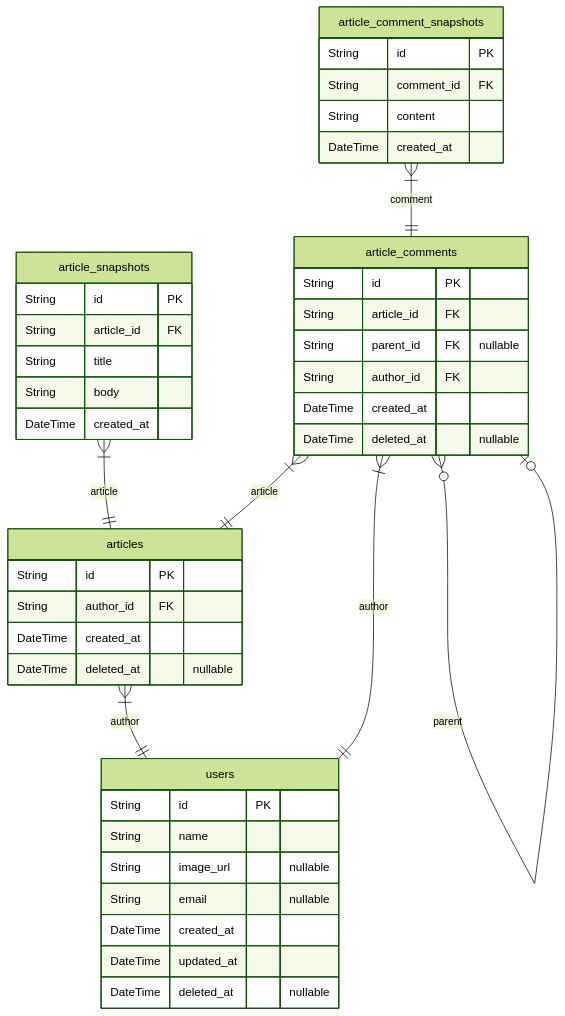
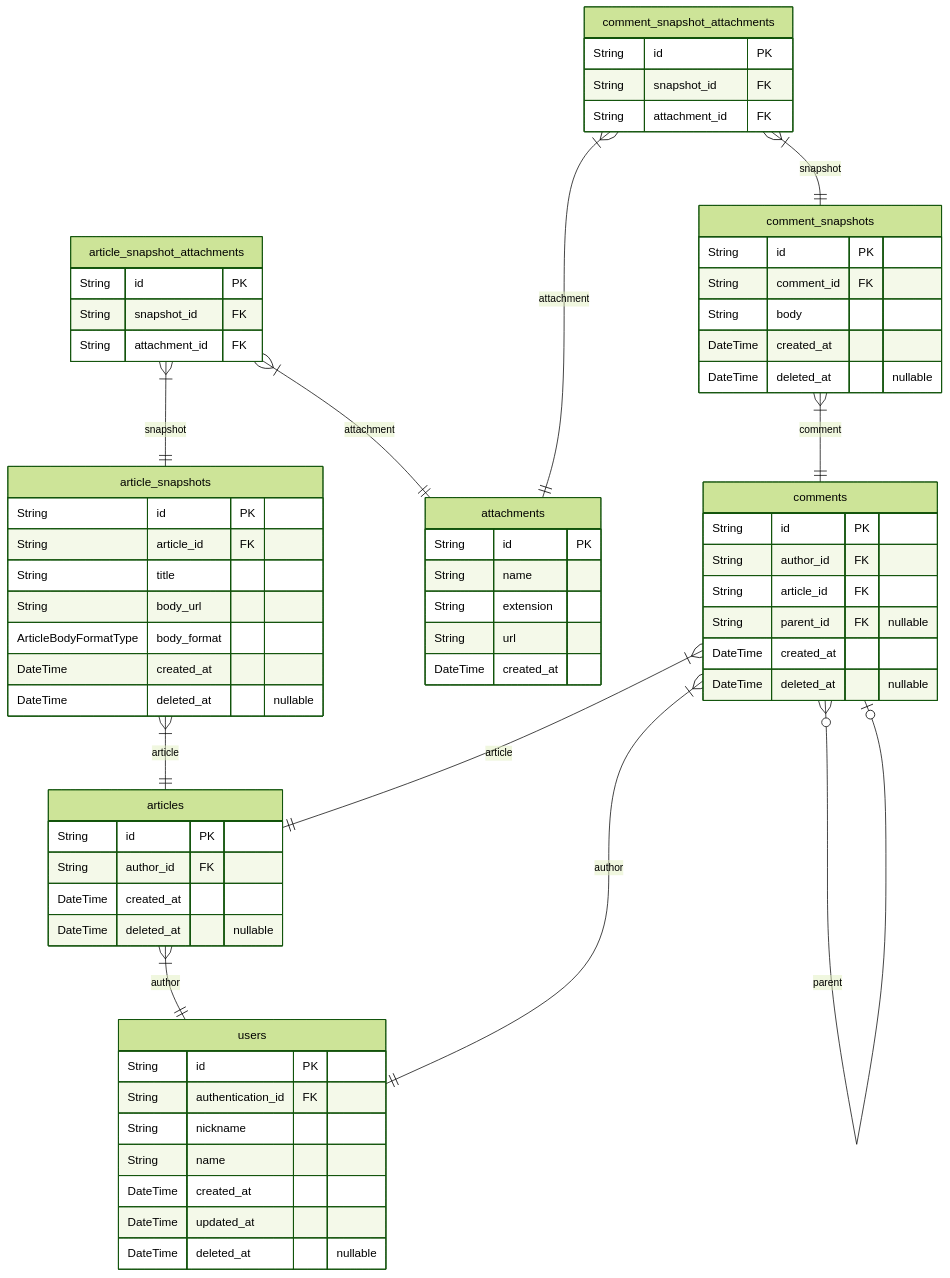
One commit to rojiwon123/bbs changed the first of 2 diagrams in ERD.md. Above: the diagram before and after it, drawn with Mermaid (forest theme). The commit also changed other lines of this file and 8 other files, not shown here.

````diff
--- a/ERD.md
+++ b/ERD.md
@@ -11,45 +10,69 @@
 ```mermaid
 erDiagram
-users {
-    String id PK
-    String name
-    String image_url "nullable"
-    String email "nullable"
-    DateTime created_at
-    DateTime updated_at
-    DateTime deleted_at "nullable"
-}
 articles {
     String id PK
     String author_id FK
     DateTime created_at
     DateTime deleted_at "nullable"
 }
 article_snapshots {
     String id PK
     String article_id FK
     String title
-    String body
-    DateTime created_at
-}
-article_comments {
-    String id PK
-    String article_id FK
-    String parent_id FK "nullable"
-    String author_id FK
+    String body_url
+    ArticleBodyFormatType body_format
     DateTime created_at
     DateTime deleted_at "nullable"
 }
-article_comment_snapshots {
+article_snapshot_attachments {
+    String id PK
+    String snapshot_id FK
+    String attachment_id FK
+}
+attachments {
+    String id PK
+    String name
+    String extension
+    String url
+    DateTime created_at
+}
+comments {
+    String id PK
+    String author_id FK
+    String article_id FK
+    String parent_id FK "nullable"
+    DateTime created_at
+    DateTime deleted_at "nullable"
+}
+comment_snapshots {
     String id PK
     String comment_id FK
-    String content
+    String body
     DateTime created_at
+    DateTime deleted_at "nullable"
+}
+comment_snapshot_attachments {
+    String id PK
+    String snapshot_id FK
+    String attachment_id FK
+}
+users {
+    String id PK
+    String authentication_id FK
+    String nickname
+    String name
+    DateTime created_at
+    DateTime updated_at
+    DateTime deleted_at "nullable"
 }
 articles }|--|| users : author
 article_snapshots }|--|| articles : article
-article_comments }|--|| articles : article
-article_comments }o--o| article_comments : parent
-article_comments }|--|| users : author
-article_comment_snapshots }|--|| article_comments : comment
+article_snapshot_attachments }|--|| article_snapshots : snapshot
+article_snapshot_attachments }|--|| attachments : attachment
+comments }|--|| users : author
+comments }|--|| articles : article
+comments }o--o| comments : parent
+comment_snapshots }|--|| comments : comment
+comment_snapshot_attachments }|--|| comment_snapshots : snapshot
+comment_snapshot_attachments }|--|| attachments : attachment
 ```
````
